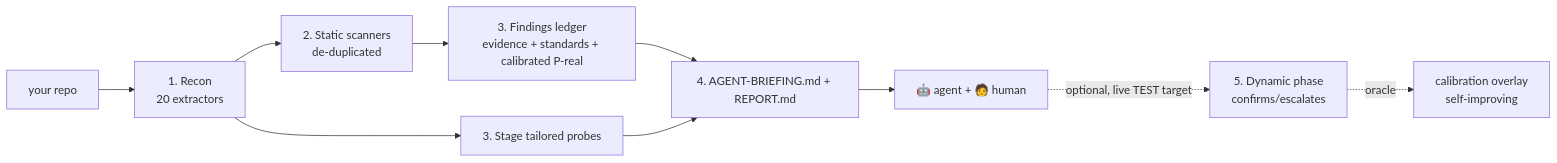
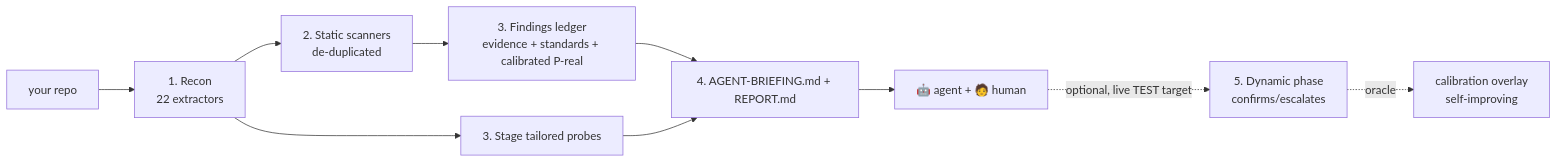
The diagram in docs-canonical/ARCHITECTURE.md (raccioly/websec-validator), drawn with Mermaid before and after one commit. The commit also changed other lines of this file and 32 other files, not shown here.

````diff
--- a/docs-canonical/ARCHITECTURE.md
+++ b/docs-canonical/ARCHITECTURE.md
@@ -135,12 +135,12 @@
 ```mermaid
 graph LR
-    R[your repo] --> A[1. Recon<br/>20 extractors]
+    R[your repo] --> A[1. Recon<br/>22 extractors]
     A --> B[2. Static scanners<br/>de-duplicated]
     B --> C[3. Findings ledger<br/>evidence + standards + calibrated P-real]
     A --> D[3. Stage tailored probes]
     C --> E[4. AGENT-BRIEFING.md + REPORT.md]
     D --> E
     E --> F[🤖 agent + 🧑 human]
     F -. optional, live TEST target .-> G[5. Dynamic phase<br/>confirms/escalates] 
     G -. oracle .-> H[calibration overlay<br/>self-improving]
 ```
````
